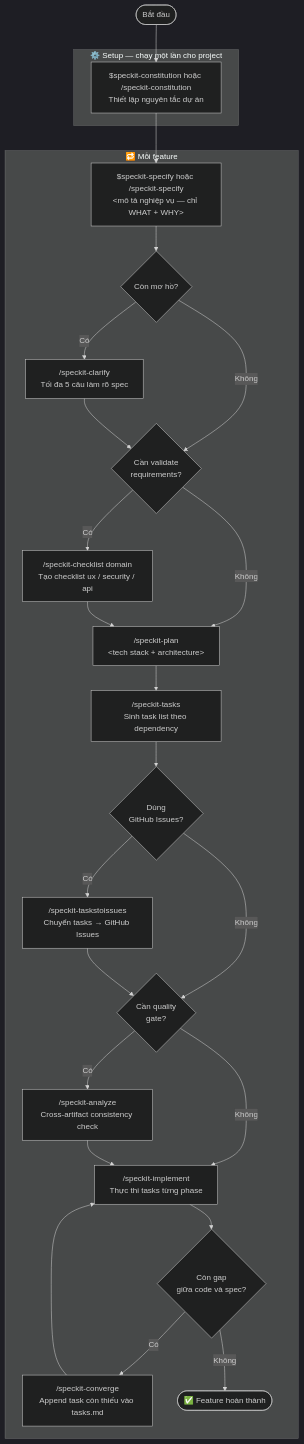
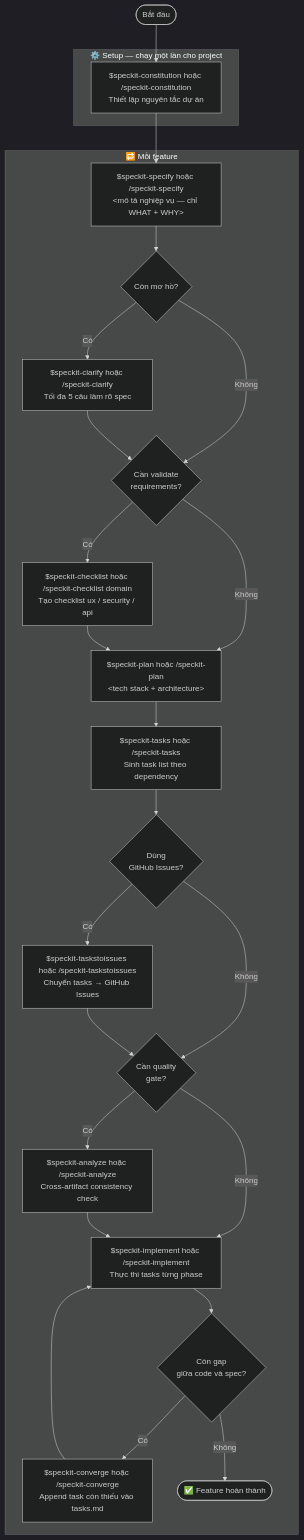
One commit to luyenhaidangit/flex-workstation changed the diagram in docs/speckit/workflow.md. Above: the diagram before and after it, drawn with Mermaid (dark theme). The commit also changed 5 other files, not shown here.

````diff
--- a/docs/speckit/workflow.md
+++ b/docs/speckit/workflow.md
@@ -10,66 +10,66 @@
 ```mermaid
 flowchart TD
     START(["Bắt đầu"])
 
     %% ── SETUP ──────────────────────────────────────
     subgraph SETUP ["⚙️  Setup — chạy một lần cho project"]
         constitution["$speckit-constitution hoặc /speckit-constitution\nThiết lập nguyên tắc dự án"]
     end
 
     %% ── PER FEATURE ─────────────────────────────────
     subgraph FEATURE ["🔁  Mỗi feature"]
         specify["$speckit-specify hoặc /speckit-specify\n&lt;mô tả nghiệp vụ — chỉ WHAT + WHY&gt;"]
 
         clarify_gate{Còn mơ hồ?}
-        clarify["/speckit-clarify\nTối đa 5 câu làm rõ spec"]
+        clarify["$speckit-clarify hoặc /speckit-clarify\nTối đa 5 câu làm rõ spec"]
 
         checklist_gate{Cần validate\nrequirements?}
-        checklist["/speckit-checklist domain\nTạo checklist ux / security / api"]
+        checklist["$speckit-checklist hoặc /speckit-checklist domain\nTạo checklist ux / security / api"]
 
-        plan["/speckit-plan\n&lt;tech stack + architecture&gt;"]
+        plan["$speckit-plan hoặc /speckit-plan\n&lt;tech stack + architecture&gt;"]
 
-        tasks["/speckit-tasks\nSinh task list theo dependency"]
+        tasks["$speckit-tasks hoặc /speckit-tasks\nSinh task list theo dependency"]
 
         issues_gate{Dùng\nGitHub Issues?}
-        taskstoissues["/speckit-taskstoissues\nChuyển tasks → GitHub Issues"]
+        taskstoissues["$speckit-taskstoissues hoặc /speckit-taskstoissues\nChuyển tasks → GitHub Issues"]
 
         analyze_gate{Cần quality\ngate?}
-        analyze["/speckit-analyze\nCross-artifact consistency check"]
+        analyze["$speckit-analyze hoặc /speckit-analyze\nCross-artifact consistency check"]
 
-        implement["/speckit-implement\nThực thi tasks từng phase"]
+        implement["$speckit-implement hoặc /speckit-implement\nThực thi tasks từng phase"]
 
         gap_check{Còn gap\ngiữa code và spec?}
-        converge["/speckit-converge\nAppend task còn thiếu vào tasks.md"]
+        converge["$speckit-converge hoặc /speckit-converge\nAppend task còn thiếu vào tasks.md"]
 
         done(["✅ Feature hoàn thành"])
     end
 
     %% ── EDGES ───────────────────────────────────────
     START --> constitution
     constitution --> specify
 
     specify --> clarify_gate
     clarify_gate -->|Có| clarify
     clarify_gate -->|Không| checklist_gate
     clarify --> checklist_gate
 
     checklist_gate -->|Có| checklist
     checklist_gate -->|Không| plan
     checklist --> plan
 
     plan --> tasks
 
     tasks --> issues_gate
     issues_gate -->|Có| taskstoissues
     issues_gate -->|Không| analyze_gate
     taskstoissues --> analyze_gate
 
     analyze_gate -->|Có| analyze
     analyze_gate -->|Không| implement
     analyze --> implement
 
     implement --> gap_check
     gap_check -->|Có| converge
     gap_check -->|Không| done
     converge --> implement
 ```
````
